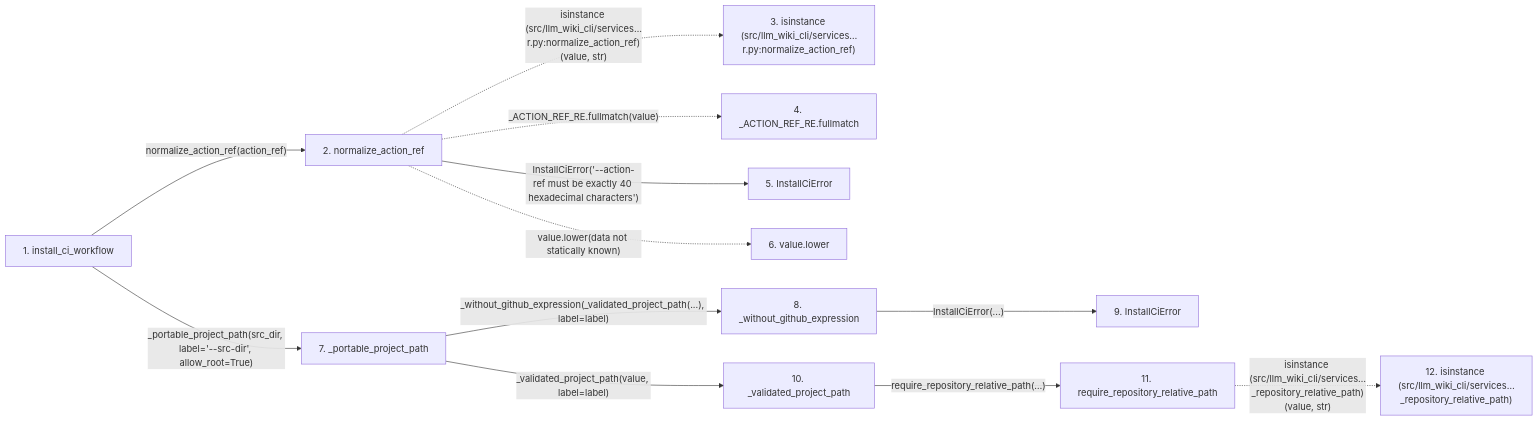
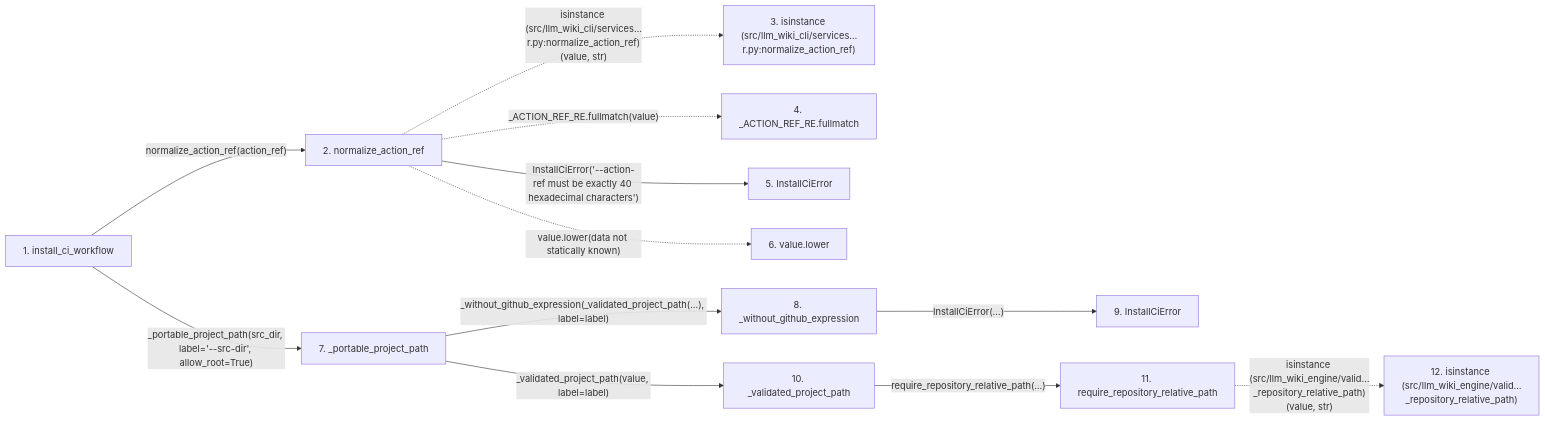
One commit to Denissvgn/python-wiki-llm changed the second of 2 diagrams in docs/llm_wiki/flows/api-install_ci_workflow.md. Above: the diagram before and after it, drawn with Mermaid. The commit also changed other lines of this file and 1103 other files, not shown here.

First line of the commit message:
docs: refresh the wiki for the llm-wiki-engine distribution

````diff
--- a/docs/llm_wiki/flows/api-install_ci_workflow.md
+++ b/docs/llm_wiki/flows/api-install_ci_workflow.md
@@ -151,34 +151,34 @@
 ```mermaid
 flowchart LR
     s1["1. install_ci_workflow"]
     s2["2. normalize_action_ref"]
     s3["3. isinstance (src/llm_wiki_cli/services…r.py:normalize_action_ref)"]
     s4["4. _ACTION_REF_RE.fullmatch"]
     s5["5. InstallCiError"]
     s6["6. value.lower"]
     s7["7. _portable_project_path"]
     s8["8. _without_github_expression"]
     s9["9. InstallCiError"]
     s10["10. _validated_project_path"]
     s11["11. require_repository_relative_path"]
-    s12["12. isinstance (src/llm_wiki_cli/services…_repository_relative_path)"]
+    s12["12. isinstance (src/llm_wiki_engine/valid…_repository_relative_path)"]
     s1 -->|"normalize_action_ref(action_ref)"| s2
     s2 -. "isinstance (src/llm_wiki_cli/services…r.py:normalize_action_ref)(value, str)" .-> s3
     s2 -. "_ACTION_REF_RE.fullmatch(value)" .-> s4
     s2 -->|"InstallCiError('--action-ref must be exactly 40 hexadecimal characters')"| s5
     s2 -. "value.lower(data not statically known)" .-> s6
     s1 -->|"_portable_project_path(src_dir, label='--src-dir', allow_root=True)"| s7
     s7 -->|"_without_github_expression(_validated_project_path(...), label=label)"| s8
     s8 -->|"InstallCiError(...)"| s9
     s7 -->|"_validated_project_path(value, label=label)"| s10
     s10 -->|"require_repository_relative_path(…)"| s11
-    s11 -. "isinstance (src/llm_wiki_cli/services…_repository_relative_path)(value, str)" .-> s12
+    s11 -. "isinstance (src/llm_wiki_engine/valid…_repository_relative_path)(value, str)" .-> s12
     click s1 "../modules/ci_installer.md"
     click s2 "../modules/ci_installer.md"
     click s5 "../modules/ci_installer.md"
     click s7 "../modules/ci_installer.md"
     click s8 "../modules/ci_installer.md"
     click s9 "../modules/ci_installer.md"
     click s10 "../modules/ci_installer.md"
     click s11 "../modules/validation.md"
 ```
````
